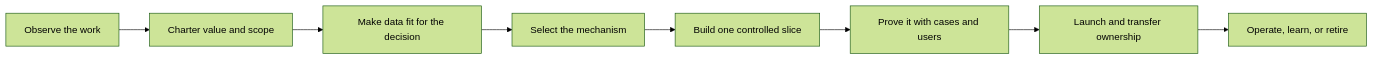
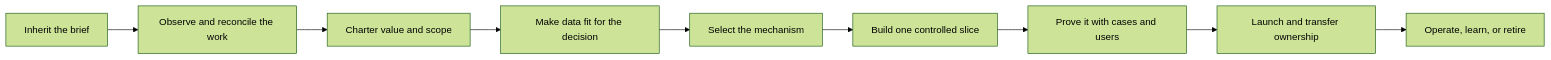
Before and after one commit to davidahmann/fde-guide: the diagram in README.md, drawn with Mermaid (forest theme). The commit also changed other lines of this file and 42 other files, not shown here.

````diff
--- a/README.md
+++ b/README.md
@@ -77,10 +78,11 @@
 ```mermaid
 flowchart LR
-    A["Observe the work"] --> B["Charter value and scope"]
-    B --> C["Make data fit for the decision"]
-    C --> D["Select the mechanism"]
-    D --> E["Build one controlled slice"]
-    E --> F["Prove it with cases and users"]
-    F --> G["Launch and transfer ownership"]
-    G --> H["Operate, learn, or retire"]
+    A["Inherit the brief"] --> B["Observe and reconcile the work"]
+    B --> C["Charter value and scope"]
+    C --> D["Make data fit for the decision"]
+    D --> E["Select the mechanism"]
+    E --> F["Build one controlled slice"]
+    F --> G["Prove it with cases and users"]
+    G --> H["Launch and transfer ownership"]
+    H --> I["Operate, learn, or retire"]
 ```
````
